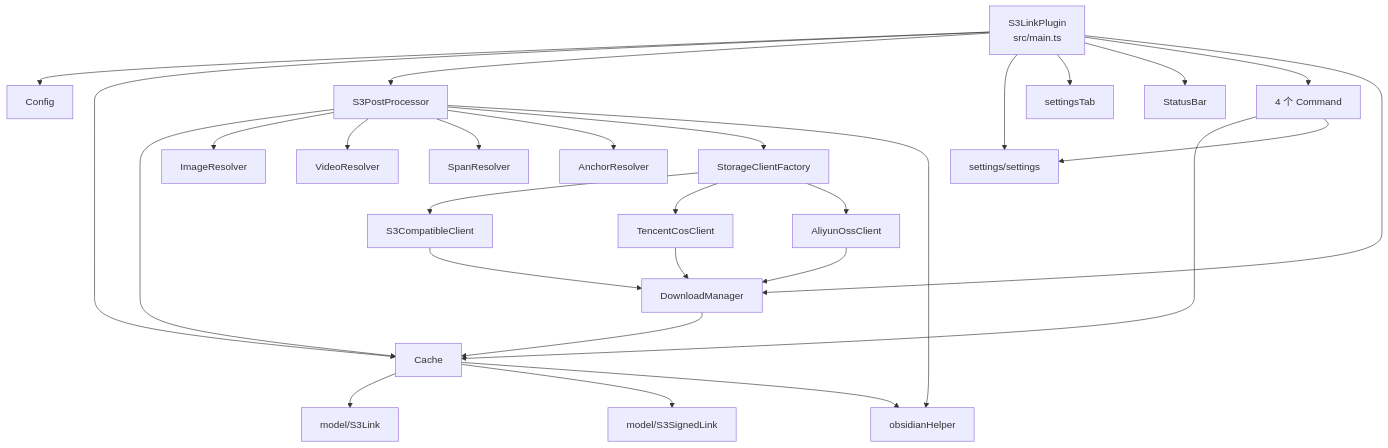
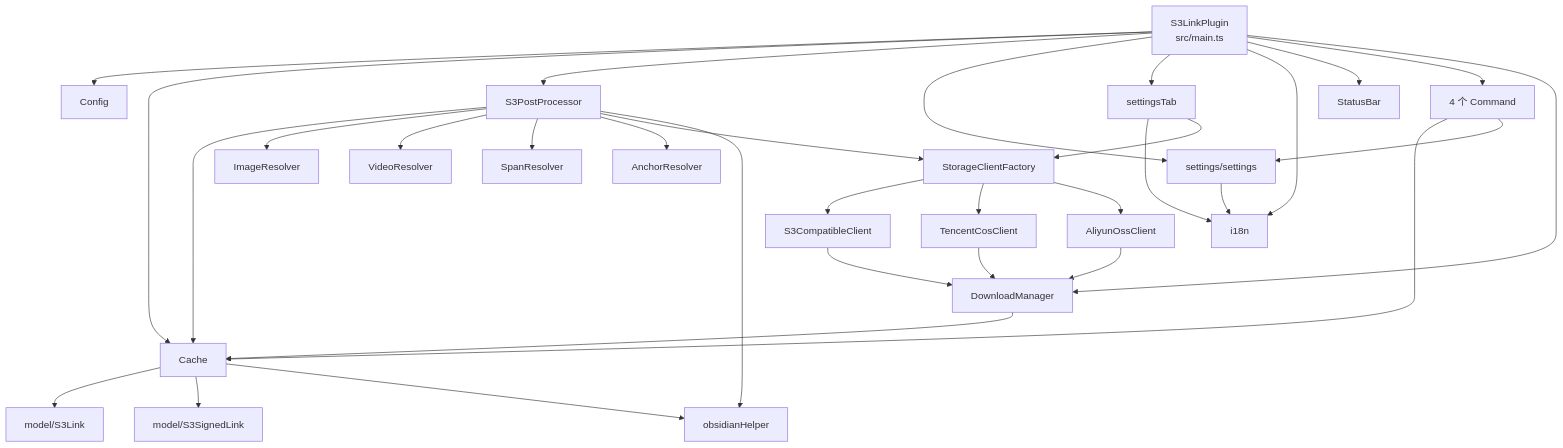
Before and after one commit to gavinzmq/obsidian-plugin-s3-link: the fourth of 4 diagrams in .arcmesh/system-repo/architecture.md, drawn with Mermaid. The commit also changed other lines of this file and 12 other files, not shown here.

````diff
--- a/.arcmesh/system-repo/architecture.md
+++ b/.arcmesh/system-repo/architecture.md
@@ -250,36 +236,41 @@
 ```mermaid
 graph TD
     Main[S3LinkPlugin<br>src/main.ts] --> Config
     Main --> Cache
     Main --> S3PP[S3PostProcessor]
     Main --> Settings[settings/settings]
     Main --> SettingsTab[settingsTab]
+    Main --> I18n[i18n]
     Main --> StatusBar
     Main --> Cmds[4 个 Command]
     Main --> DM[DownloadManager]
+
+    SettingsTab --> I18n
+    SettingsTab --> Factory[StorageClientFactory]
 
     S3PP --> Cache
     S3PP --> R1[ImageResolver]
     S3PP --> R2[VideoResolver]
     S3PP --> R3[SpanResolver]
     S3PP --> R4[AnchorResolver]
-    S3PP --> Factory[StorageClientFactory]
+    S3PP --> Factory
 
     Factory --> SC[S3CompatibleClient]
     Factory --> TC[TencentCosClient]
     Factory --> AC[AliyunOssClient]
 
     SC --> DM
     TC --> DM
     AC --> DM
 
     Cmds --> Cache
     Cmds --> Settings
 
     Cache --> S3Link[model/S3Link]
     Cache --> S3SignedLink[model/S3SignedLink]
     Cache --> OH[obsidianHelper]
 
     DM --> Cache
     S3PP --> OH
+    Settings --> I18n
 ```
````
